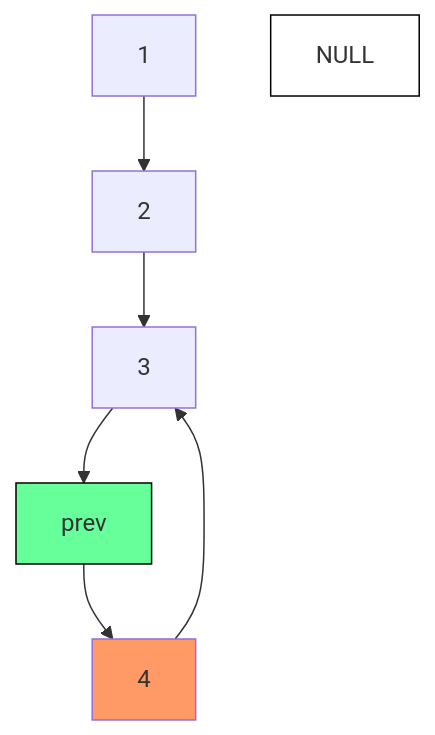
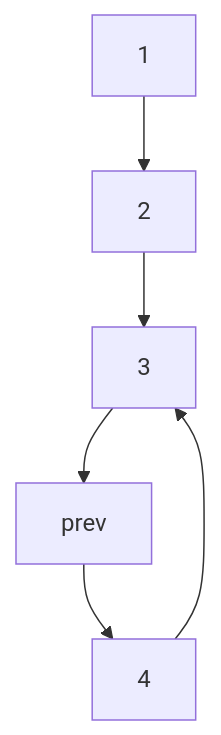
The fifth of 6 diagrams in computer-science/linked-list-reverse.md (robenkleene/development-references), drawn with Mermaid before and after one commit. The commit also changed other lines of this file, not shown here.

````diff
--- a/computer-science/linked-list-reverse.md
+++ b/computer-science/linked-list-reverse.md
@@ -96,11 +86,8 @@
 ``` mermaid
 graph TD
     C[3] --> prev
     B[2] --> C
     A[1] --> B
     prev --> D[4]
     D --> C
-    style D fill:#f96
-    style prev fill:#6f9,stroke:#000
-    style NULL fill:#fff,stroke:#000
 ```
````
